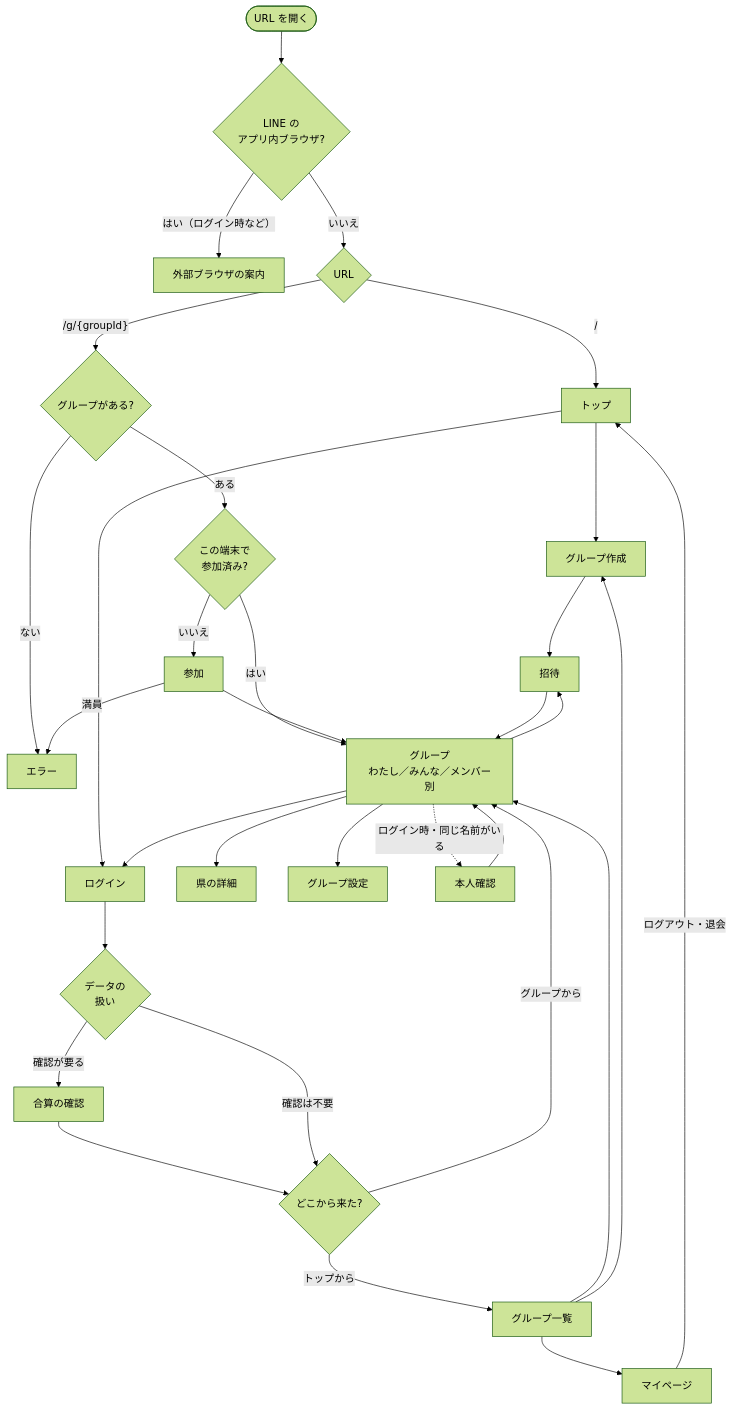
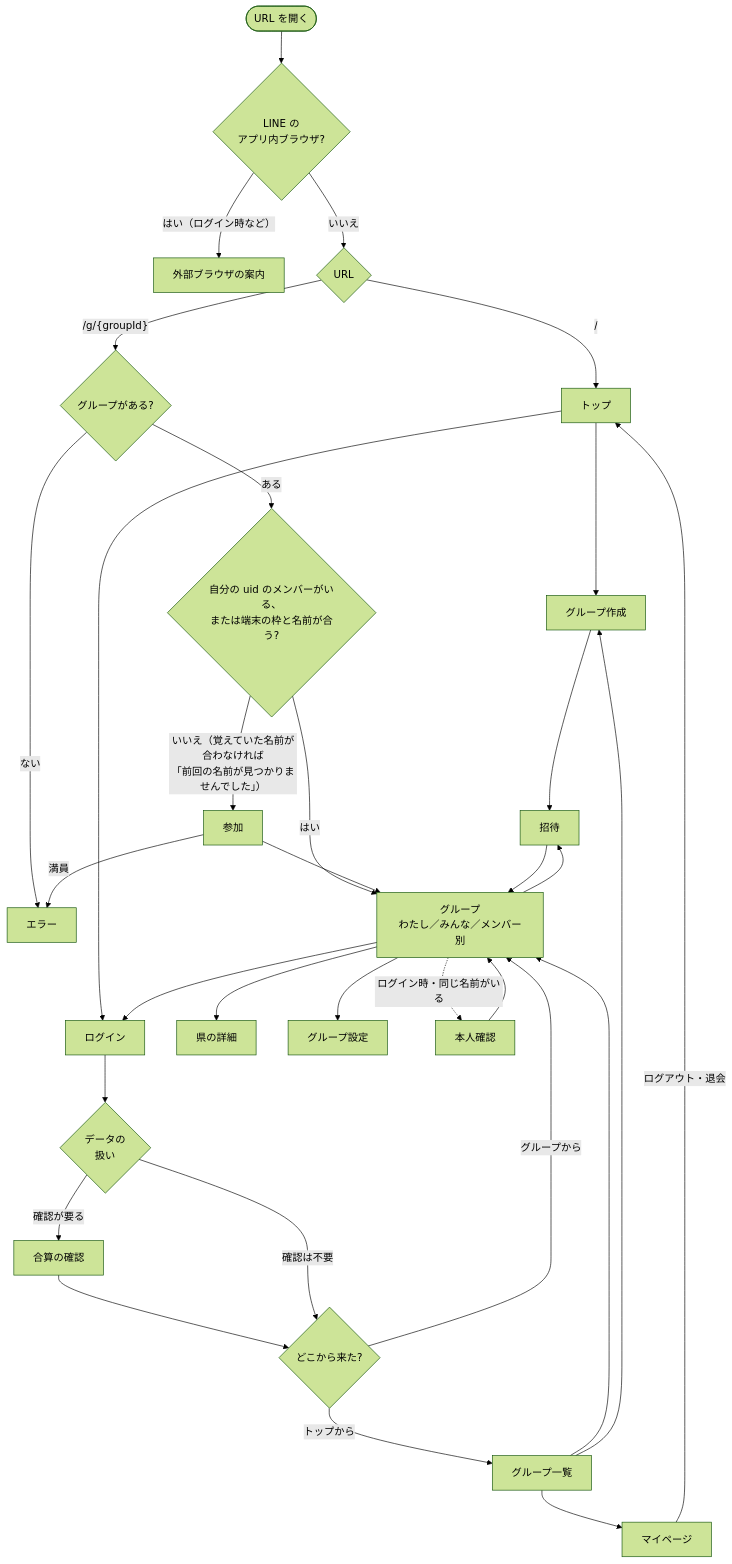
Before and after one commit to yuppy52/tabikaigi-map: the diagram in docs/design/screens.md, drawn with Mermaid (forest theme). The commit also changed other lines of this file and 9 other files, not shown here.

````diff
--- a/docs/design/screens.md
+++ b/docs/design/screens.md
@@ -28,35 +28,35 @@
 ```mermaid
 flowchart TD
   Start(["URL を開く"]) --> IsLine{"LINE の<br/>アプリ内ブラウザ?"}
   IsLine -- "はい（ログイン時など）" --> ExtGuide["外部ブラウザの案内"]
   IsLine -- "いいえ" --> Route{"URL"}
 
   Route -- "/" --> Top["トップ"]
   Route -- "/g/{groupId}" --> Exists{"グループがある?"}
   Exists -- "ない" --> Err["エラー"]
-  Exists -- "ある" --> Known{"この端末で<br/>参加済み?"}
+  Exists -- "ある" --> Known{"自分の uid のメンバーがいる、<br/>または端末の枠と名前が合う?"}
   Known -- "はい" --> Group
-  Known -- "いいえ" --> Join["参加"]
+  Known -- "いいえ（覚えていた名前が合わなければ<br/>「前回の名前が見つかりませんでした」）" --> Join["参加"]
   Join -- "満員" --> Err
   Join --> Group
 
   Top --> Create["グループ作成"] --> Invite["招待"] --> Group
   Top --> Login["ログイン"]
 
   Group["グループ<br/>わたし／みんな／メンバー別"] --> Pref["県の詳細"]
   Group --> Invite
   Group --> Settings["グループ設定"]
   Group --> Login
 
   Login --> Merge{"データの<br/>扱い"}
   Merge -- "確認が要る" --> MergeDlg["合算の確認"] --> AfterLogin
   Merge -- "確認は不要" --> AfterLogin{"どこから来た?"}
   AfterLogin -- "グループから" --> Group
   AfterLogin -- "トップから" --> List["グループ一覧"]
 
   List --> Group
   List --> Create
   List --> My["マイページ"]
   My -- "ログアウト・退会" --> Top
   Group -. "ログイン時・同じ名前がいる" .-> SameName["本人確認"] --> Group
 ```
````
